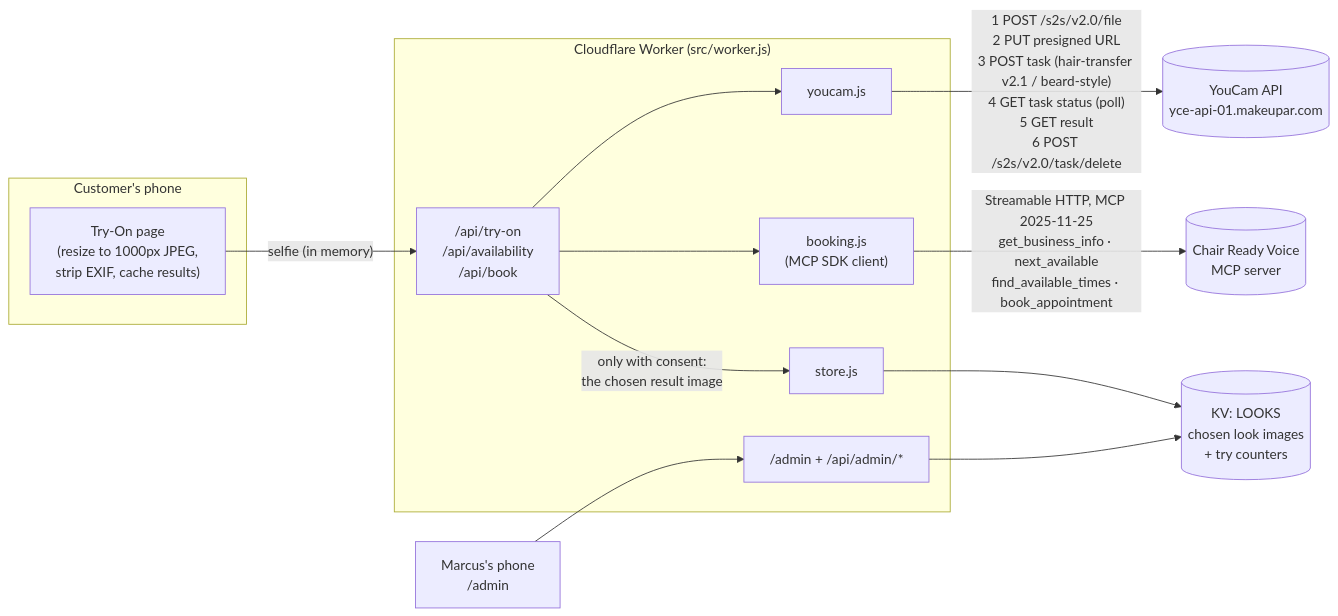
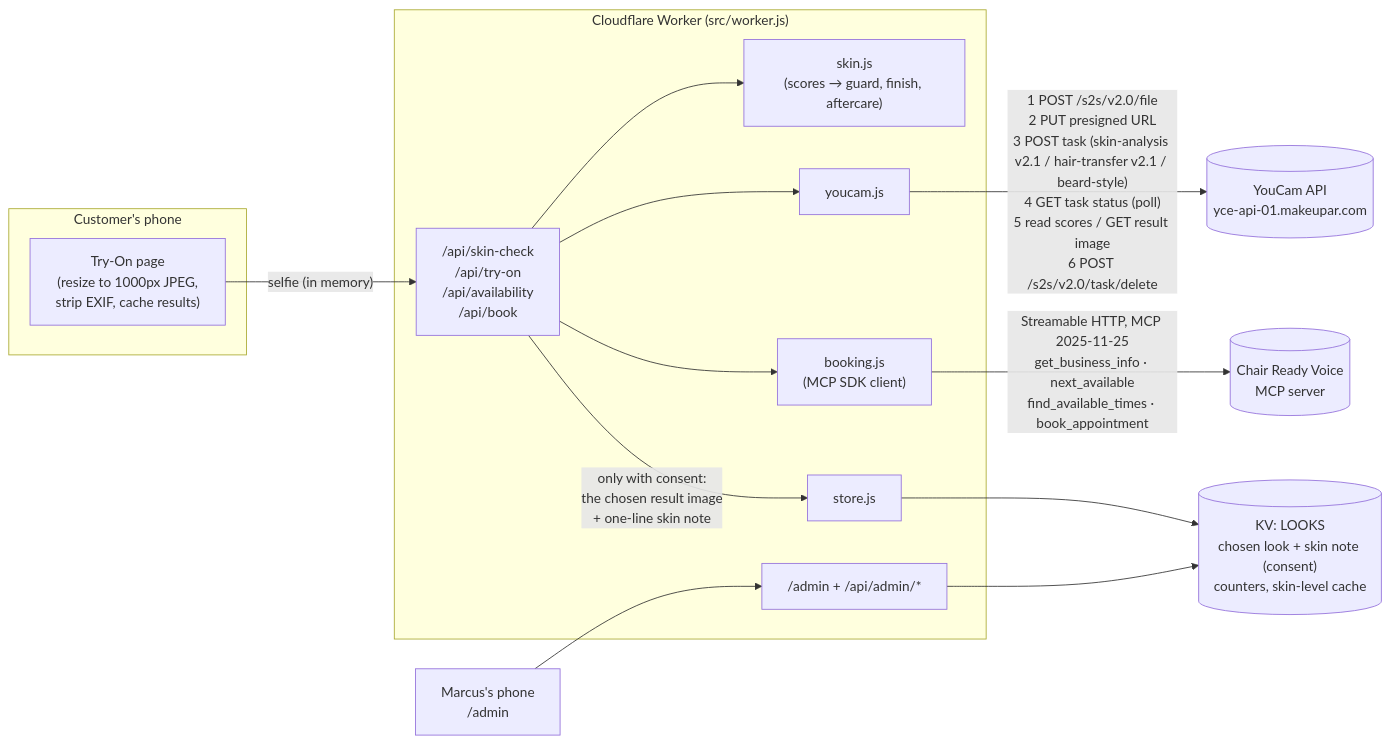
One commit to bck-stack/fade-try-on changed the first of 3 diagrams in README.md. Above: the diagram before and after it, drawn with Mermaid. The commit also changed other lines of this file and 43 other files, not shown here.

````diff
--- a/README.md
+++ b/README.md
@@ -57,25 +71,27 @@
 ```mermaid
 flowchart LR
   subgraph Phone["Customer's phone"]
     UI["Try-On page<br/>(resize to 1000px JPEG,<br/>strip EXIF, cache results)"]
   end
   subgraph Worker["Cloudflare Worker (src/worker.js)"]
-    API["/api/try-on<br/>/api/availability<br/>/api/book"]
+    API["/api/skin-check<br/>/api/try-on<br/>/api/availability<br/>/api/book"]
+    SK["skin.js<br/>(scores → guard, finish, aftercare)"]
     YC["youcam.js"]
     BK["booking.js<br/>(MCP SDK client)"]
     ST["store.js"]
     ADM["/admin + /api/admin/*"]
   end
   YouCam[("YouCam API<br/>yce-api-01.makeupar.com")]
   MCP[("Chair Ready Voice<br/>MCP server")]
-  KV[("KV: LOOKS<br/>chosen look images<br/>+ try counters")]
+  KV[("KV: LOOKS<br/>chosen look + skin note (consent)<br/>counters, skin-level cache")]
   Marcus["Marcus's phone<br/>/admin"]
 
   UI -- "selfie (in memory)" --> API
   API --> YC
-  YC -- "1 POST /s2s/v2.0/file<br/>2 PUT presigned URL<br/>3 POST task (hair-transfer v2.1 / beard-style)<br/>4 GET task status (poll)<br/>5 GET result<br/>6 POST /s2s/v2.0/task/delete" --> YouCam
+  API --> SK
+  YC -- "1 POST /s2s/v2.0/file<br/>2 PUT presigned URL<br/>3 POST task (skin-analysis v2.1 / hair-transfer v2.1 / beard-style)<br/>4 GET task status (poll)<br/>5 read scores / GET result image<br/>6 POST /s2s/v2.0/task/delete" --> YouCam
   API --> BK
   BK -- "Streamable HTTP, MCP 2025-11-25<br/>get_business_info · next_available<br/>find_available_times · book_appointment" --> MCP
-  API -- "only with consent:<br/>the chosen result image" --> ST --> KV
+  API -- "only with consent:<br/>the chosen result image<br/>+ one-line skin note" --> ST --> KV
   Marcus --> ADM --> KV
 ```
````
